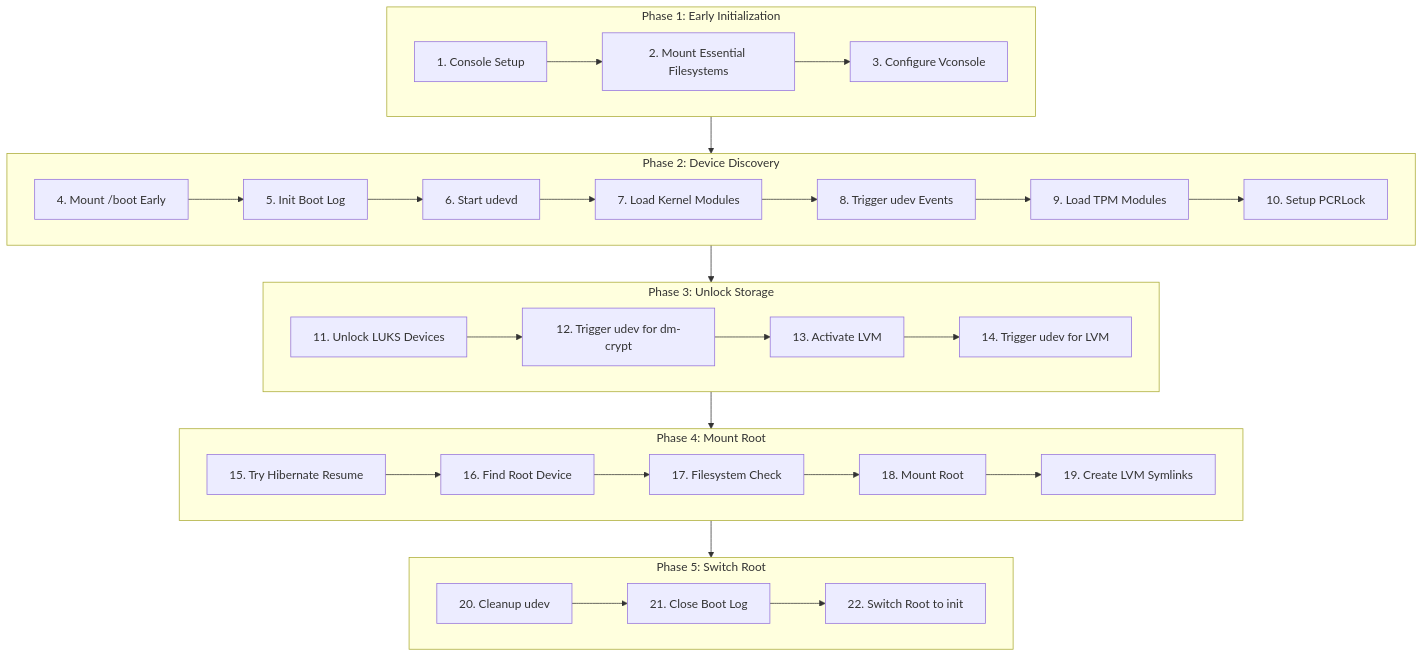
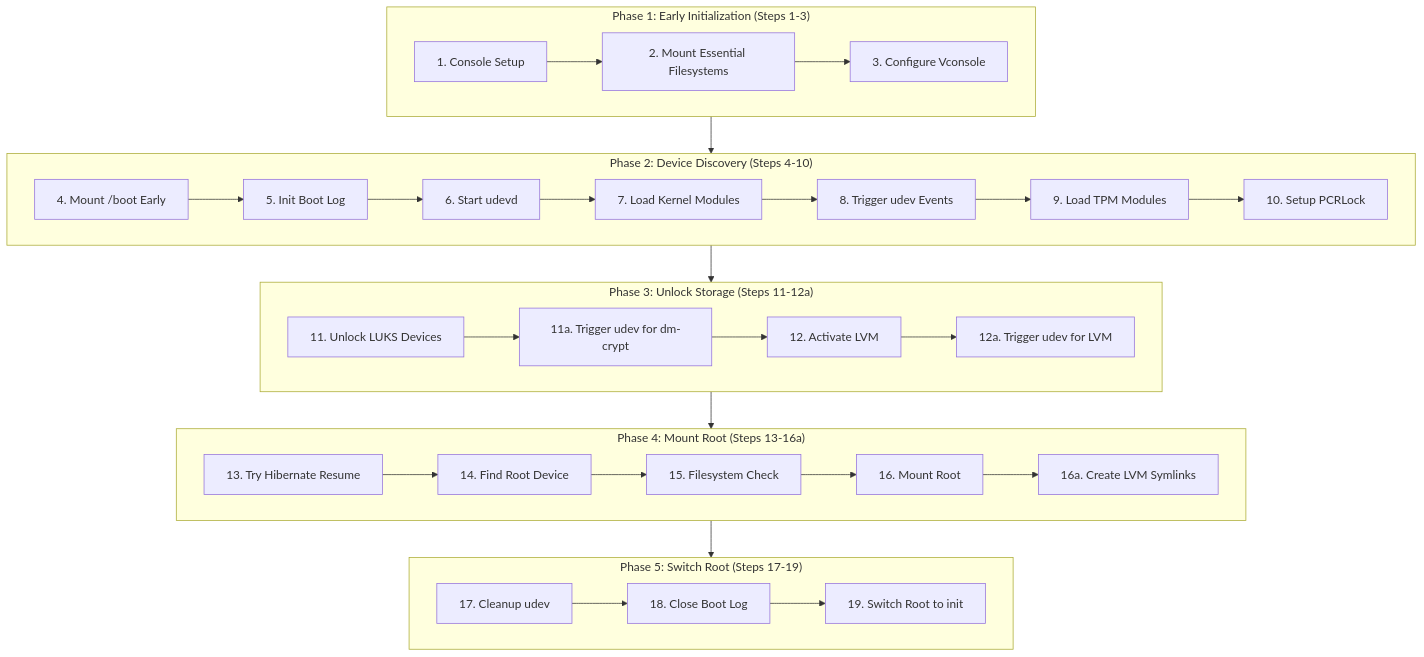
The first of 13 diagrams in docs/boot-flow.md (zaolin/vanguard), drawn with Mermaid before and after one commit. The commit also changed other lines of this file and 7 other files, not shown here.

````diff
--- a/docs/boot-flow.md
+++ b/docs/boot-flow.md
@@ -11,39 +11,39 @@
 ```mermaid
 flowchart TD
-    subgraph phase1["Phase 1: Early Initialization"]
+    subgraph phase1["Phase 1: Early Initialization (Steps 1-3)"]
         A[1. Console Setup] --> B[2. Mount Essential Filesystems]
         B --> C[3. Configure Vconsole]
     end
 
-    subgraph phase2["Phase 2: Device Discovery"]
+    subgraph phase2["Phase 2: Device Discovery (Steps 4-10)"]
         D[4. Mount /boot Early] --> E[5. Init Boot Log]
         E --> F[6. Start udevd]
         F --> G[7. Load Kernel Modules]
         G --> H[8. Trigger udev Events]
         H --> I[9. Load TPM Modules]
         I --> J[10. Setup PCRLock]
     end
 
-    subgraph phase3["Phase 3: Unlock Storage"]
-        K[11. Unlock LUKS Devices] --> L[12. Trigger udev for dm-crypt]
-        L --> M[13. Activate LVM]
-        M --> N[14. Trigger udev for LVM]
+    subgraph phase3["Phase 3: Unlock Storage (Steps 11-12a)"]
+        K[11. Unlock LUKS Devices] --> L[11a. Trigger udev for dm-crypt]
+        L --> M[12. Activate LVM]
+        M --> N[12a. Trigger udev for LVM]
     end
 
-    subgraph phase4["Phase 4: Mount Root"]
-        O[15. Try Hibernate Resume] --> P[16. Find Root Device]
-        P --> Q[17. Filesystem Check]
-        Q --> R[18. Mount Root]
-        R --> S[19. Create LVM Symlinks]
+    subgraph phase4["Phase 4: Mount Root (Steps 13-16a)"]
+        O[13. Try Hibernate Resume] --> P[14. Find Root Device]
+        P --> Q[15. Filesystem Check]
+        Q --> R[16. Mount Root]
+        R --> S[16a. Create LVM Symlinks]
     end
 
-    subgraph phase5["Phase 5: Switch Root"]
-        T[20. Cleanup udev] --> U[21. Close Boot Log]
-        U --> V[22. Switch Root to init]
+    subgraph phase5["Phase 5: Switch Root (Steps 17-19)"]
+        T[17. Cleanup udev] --> U[18. Close Boot Log]
+        U --> V[19. Switch Root to init]
     end
 
     phase1 --> phase2
     phase2 --> phase3
     phase3 --> phase4
     phase4 --> phase5
 ```
````
